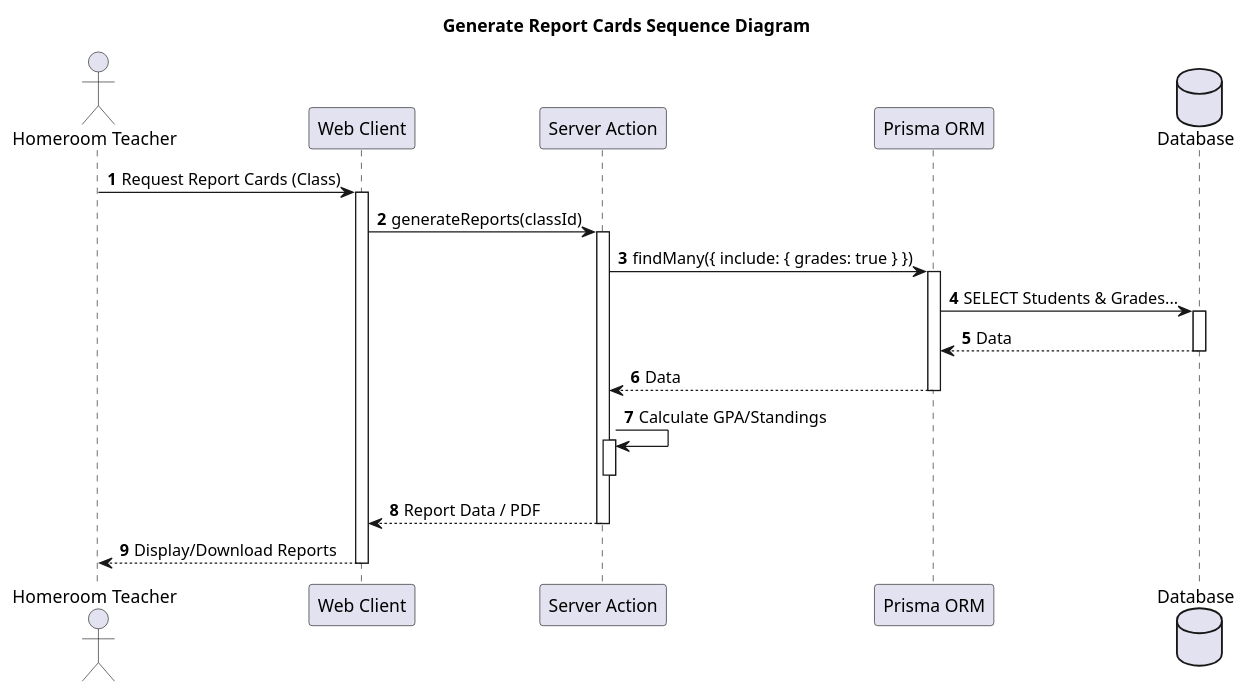
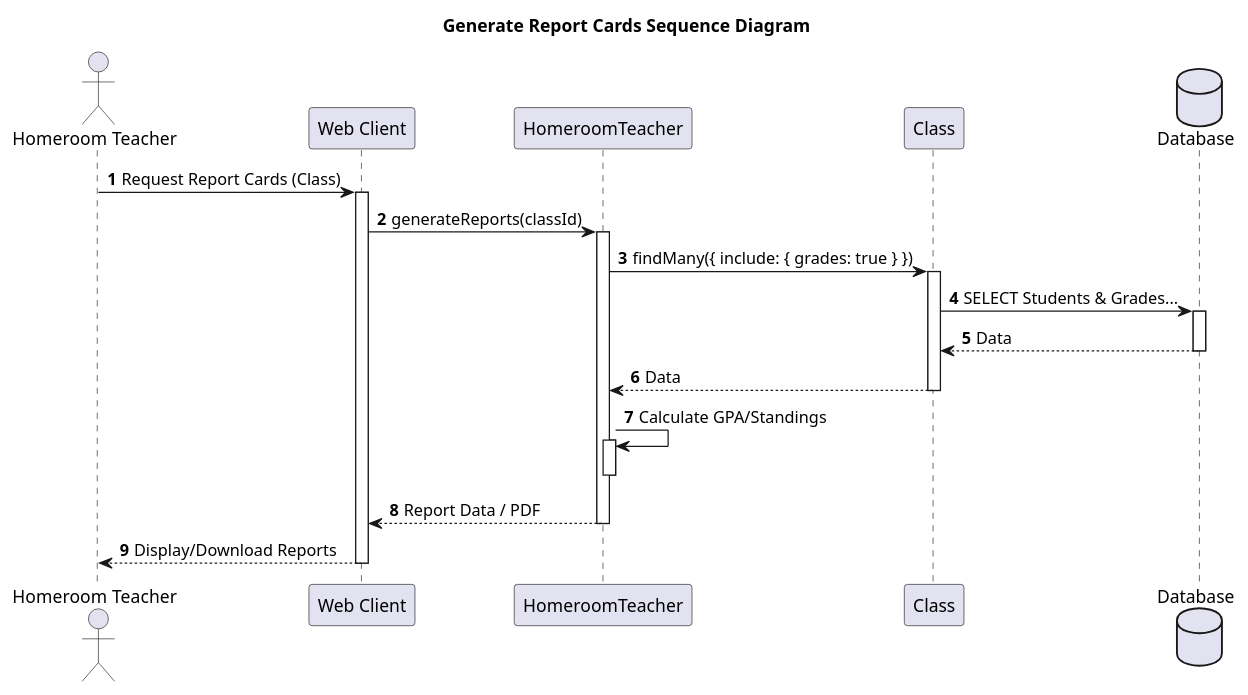
One commit to rafifgpt21-ai/jalms changed the diagram in design-summary/sequence-diagram/sequence-diagram-teacher-generate-reports.puml. Above: the diagram before and after it, drawn with PlantUML. The commit also changed 36 other files, not shown here.

```diff
--- a/design-summary/sequence-diagram/sequence-diagram-teacher-generate-reports.puml
+++ b/design-summary/sequence-diagram/sequence-diagram-teacher-generate-reports.puml
@@ -1,33 +1,33 @@
 @startuml
 title Generate Report Cards Sequence Diagram
 autonumber
 
 actor "Homeroom Teacher" as Teacher
-participant "Web Client" as UI
-participant "Server Action" as Action
-participant "Prisma ORM" as Prisma
-database "Database" as DB
+participant "Web Client" as Client
+participant "HomeroomTeacher" as TeacherClass
+participant "Class" as Class
+database "Database" as Database
 
-Teacher -> UI: Request Report Cards (Class)
-activate UI
-UI -> Action: generateReports(classId)
-activate Action
-Action -> Prisma: findMany({ include: { grades: true } })
-activate Prisma
-Prisma -> DB: SELECT Students & Grades...
-activate DB
-DB --> Prisma: Data
-deactivate DB
-Prisma --> Action: Data
-deactivate Prisma
+Teacher -> Client: Request Report Cards (Class)
+activate Client
+Client -> TeacherClass: generateReports(classId)
+activate TeacherClass
+TeacherClass -> Class: findMany({ include: { grades: true } })
+activate Class
+Class -> Database: SELECT Students & Grades...
+activate Database
+Database --> Class: Data
+deactivate Database
+Class --> TeacherClass: Data
+deactivate Class
 
-Action -> Action: Calculate GPA/Standings
-activate Action
-deactivate Action
+TeacherClass -> TeacherClass: Calculate GPA/Standings
+activate TeacherClass
+deactivate TeacherClass
 
-Action --> UI: Report Data / PDF
-deactivate Action
-UI --> Teacher: Display/Download Reports
-deactivate UI
+TeacherClass --> Client: Report Data / PDF
+deactivate TeacherClass
+Client --> Teacher: Display/Download Reports
+deactivate Client
 
 @enduml
```
